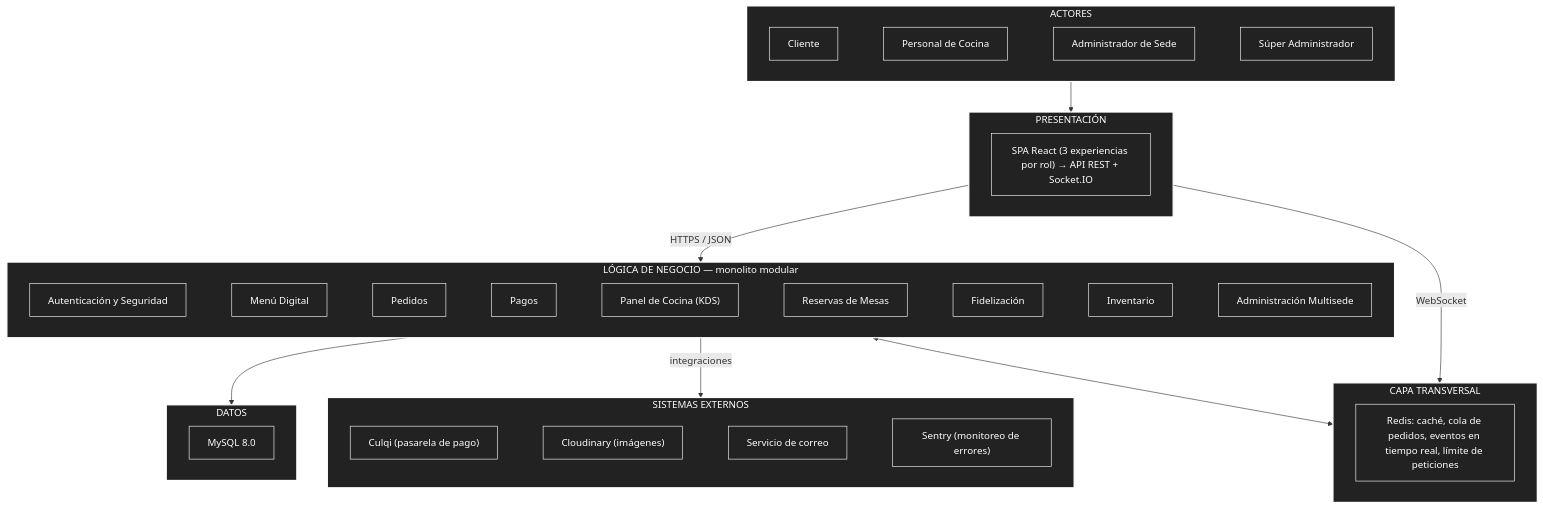
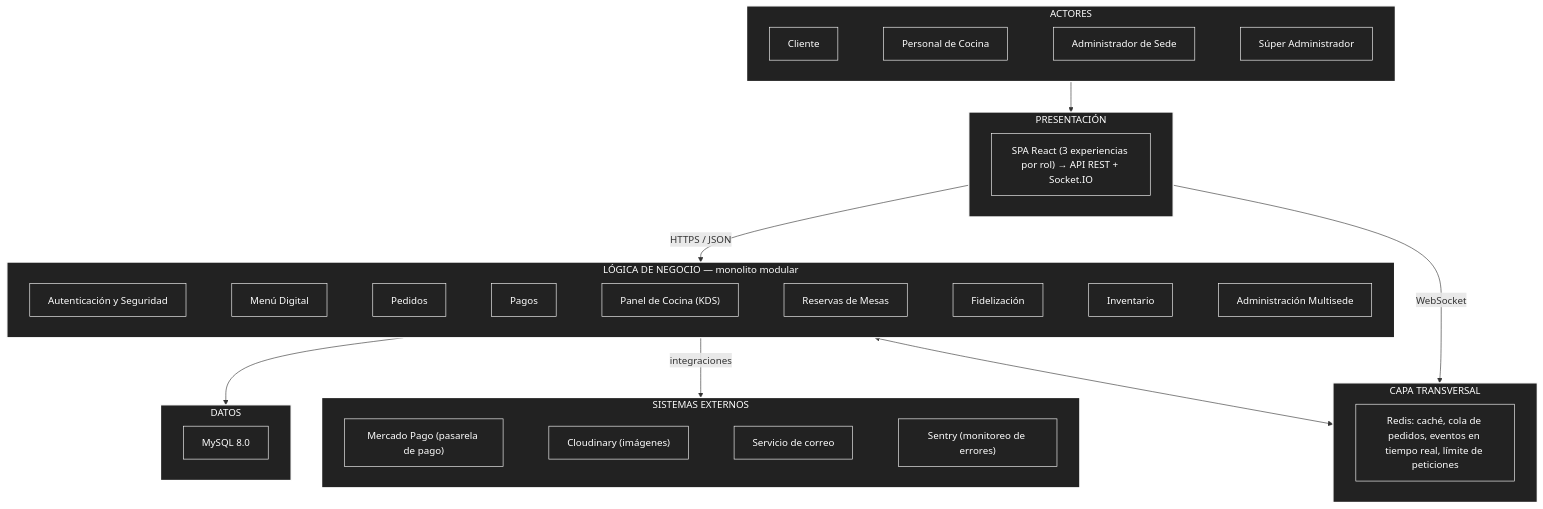
Before and after one commit to Taquiri05/RaizAndina-arquitSoft-jhonatanconde: the diagram in arquitectura/arquitectura-inicial.md, drawn with Mermaid. The commit also changed other lines of this file, not shown here.

Commit message:
Correccion de  pasarela de pago a Mercado Pago en el diagrama de arquitectura inicial

```diff
--- a/arquitectura/arquitectura-inicial.md
+++ b/arquitectura/arquitectura-inicial.md
@@ -55,7 +55,7 @@
     %% SISTEMAS EXTERNOS
     %% =========================
     subgraph EXTERNOS["SISTEMAS EXTERNOS"]
-        Culqi["Culqi (pasarela de pago)"]
+        MercadoPago["Mercado Pago (pasarela de pago)"]
         Cloudinary["Cloudinary (imágenes)"]
         Correo["Servicio de correo"]
         Sentry["Sentry (monitoreo de errores)"]
@@ -89,7 +89,7 @@
     Fidelizacion ~~~ Inventario
     Inventario ~~~ Admin
 
-    Culqi ~~~ Cloudinary
+    MercadoPago ~~~ Cloudinary
     Cloudinary ~~~ Correo
     Correo ~~~ Sentry
 
@@ -124,7 +124,7 @@
 
     style BD fill:#222,stroke:#fff,color:#fff
 
-    style Culqi fill:#222,stroke:#fff,color:#fff
+    style MercadoPago fill:#222,stroke:#fff,color:#fff
     style Cloudinary fill:#222,stroke:#fff,color:#fff
     style Correo fill:#222,stroke:#fff,color:#fff
     style Sentry fill:#222,stroke:#fff,color:#fff
```
